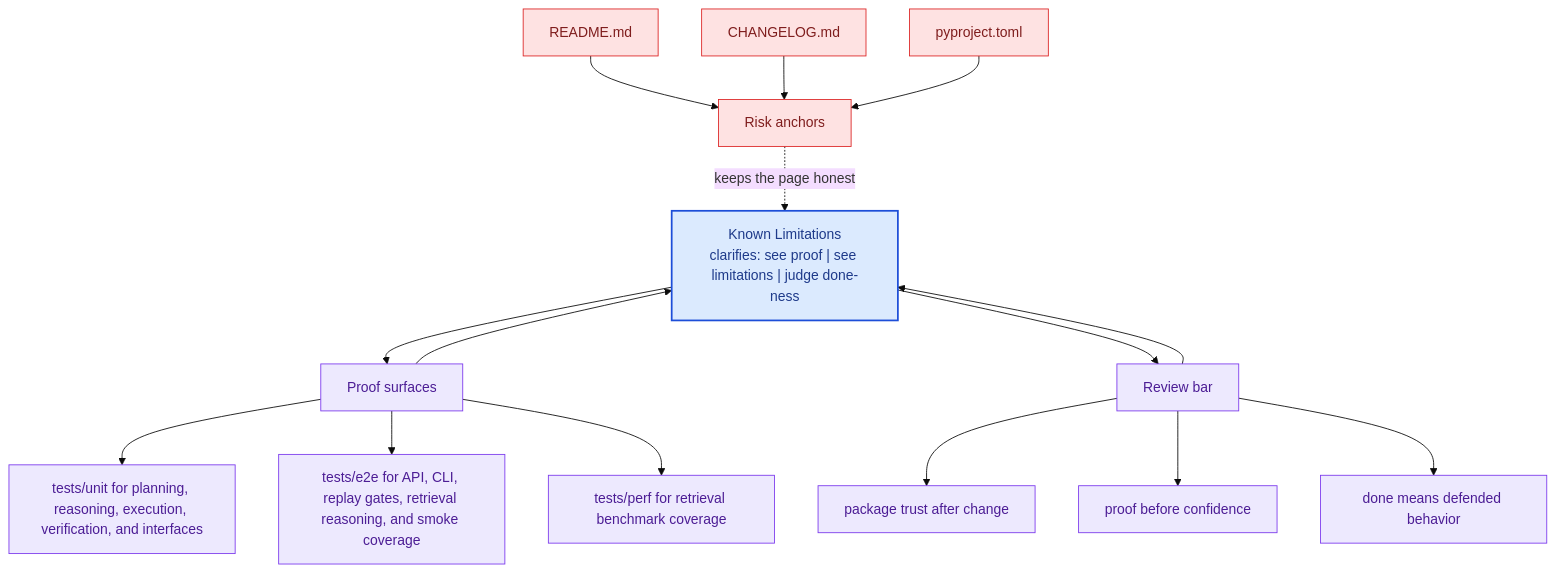
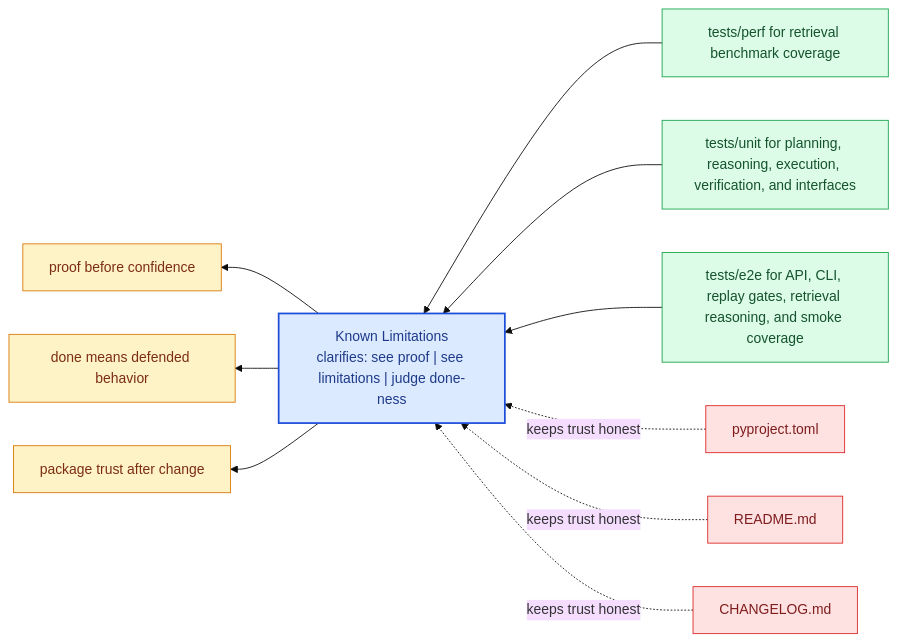
One commit to bijux/bijux-canon changed the diagram in docs/bijux-canon-reason/quality/known-limitations.md. Above: the diagram before and after it, drawn with Mermaid (base theme). The commit also changed other lines of this file and 281 other files, not shown here.

Commit message:
docs(diagrams): replace repeated mermaid scaffolds with page-specific summaries

````diff
--- a/docs/bijux-canon-reason/quality/known-limitations.md
+++ b/docs/bijux-canon-reason/quality/known-limitations.md
@@ -67,41 +22,31 @@
 ```mermaid
-flowchart TB
-    promise["Known Limitations<br/>clarifies: see proof | see limitations | judge done-ness"]
-    classDef promise fill:#dbeafe,stroke:#1d4ed8,color:#1e3a8a,stroke-width:2px;
-    classDef driver fill:#dcfce7,stroke:#16a34a,color:#14532d;
-    classDef constraint fill:#fee2e2,stroke:#dc2626,color:#7f1d1d;
-    classDef ground fill:#ede9fe,stroke:#7c3aed,color:#4c1d95;
-    focus1["Proof surfaces"]
-    focus1 --> promise
-    promise --> focus1
-    focus1_1["tests/unit for planning, reasoning, execution, verification, and interfaces"]
-    focus1 --> focus1_1
-    focus1_2["tests/e2e for API, CLI, replay gates, retrieval reasoning, and smoke coverage"]
-    focus1 --> focus1_2
-    focus1_3["tests/perf for retrieval benchmark coverage"]
-    focus1 --> focus1_3
-    class focus1 ground;
-    class focus1_1,focus1_2,focus1_3 ground;
-    focus2["Risk anchors"]
-    focus2 -.keeps the page honest.-> promise
-    focus2_1["README.md"]
-    focus2_1 --> focus2
-    focus2_2["CHANGELOG.md"]
-    focus2_2 --> focus2
-    focus2_3["pyproject.toml"]
-    focus2_3 --> focus2
-    class focus2 constraint;
-    class focus2_1,focus2_2,focus2_3 constraint;
-    focus3["Review bar"]
-    focus3 --> promise
-    promise --> focus3
-    focus3_1["package trust after change"]
-    focus3 --> focus3_1
-    focus3_2["proof before confidence"]
-    focus3 --> focus3_2
-    focus3_3["done means defended behavior"]
-    focus3 --> focus3_3
-    class focus3 ground;
-    class focus3_1,focus3_2,focus3_3 ground;
-    class promise promise;
+flowchart RL
+    page["Known Limitations<br/>clarifies: see proof | see limitations | judge done-ness"]
+    classDef page fill:#dbeafe,stroke:#1d4ed8,color:#1e3a8a,stroke-width:2px;
+    classDef positive fill:#dcfce7,stroke:#16a34a,color:#14532d;
+    classDef caution fill:#fee2e2,stroke:#dc2626,color:#7f1d1d;
+    classDef anchor fill:#ede9fe,stroke:#7c3aed,color:#4c1d95;
+    classDef action fill:#fef3c7,stroke:#d97706,color:#7c2d12;
+    proof1["tests/perf for retrieval benchmark coverage"]
+    proof1 --> page
+    proof2["tests/unit for planning, reasoning, execution, verification, and interfaces"]
+    proof2 --> page
+    proof3["tests/e2e for API, CLI, replay gates, retrieval reasoning, and smoke coverage"]
+    proof3 --> page
+    risk1["pyproject.toml"]
+    risk1 -.keeps trust honest.-> page
+    risk2["README.md"]
+    risk2 -.keeps trust honest.-> page
+    risk3["CHANGELOG.md"]
+    risk3 -.keeps trust honest.-> page
+    bar1["proof before confidence"]
+    page --> bar1
+    bar2["done means defended behavior"]
+    page --> bar2
+    bar3["package trust after change"]
+    page --> bar3
+    class page page;
+    class proof1,proof2,proof3 positive;
+    class risk1,risk2,risk3 caution;
+    class bar1,bar2,bar3 action;
 ```
````
